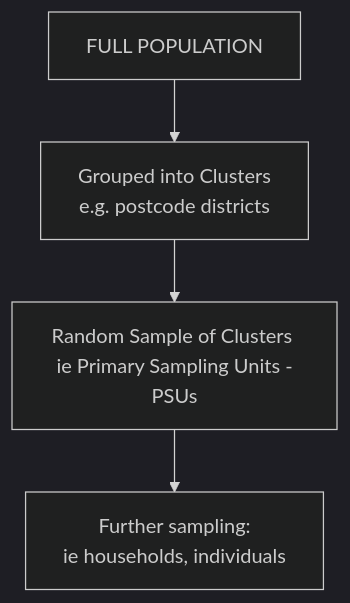
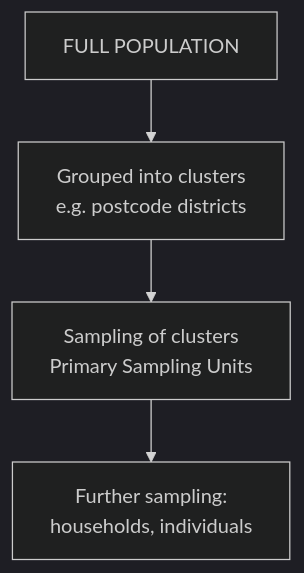
Before and after one commit to UKDataServiceOpen/DSP-core-inference: the diagram in 01_Basics.qmd, drawn with Mermaid (dark theme). The commit also changed other lines of this file and 200 other files, not shown here.

````diff
--- a/01_Basics.qmd
+++ b/01_Basics.qmd
@@ -181,9 +178,8 @@
 ```{mermaid}
+%%| echo: false
+%%| fig-cap: "**Visual Summary: Clustering in Survey Sampling**" 
 flowchart TD
-    A[FULL POPULATION] --> B[Grouped into Clusters <br/>e.g. postcode districts]   
-
-    B --> C[Random Sample of Clusters <br/> ie Primary Sampling Units - PSUs]  
-
-    C --> D[Further sampling:  <br/> ie  households, individuals]
-
+    A[FULL POPULATION] --> B[Grouped into clusters <br/>e.g. postcode districts]   
+    B --> C[Sampling of clusters <br/>Primary Sampling Units]  
+    C --> D[Further sampling:  <br/>households, individuals]
 ```
````
